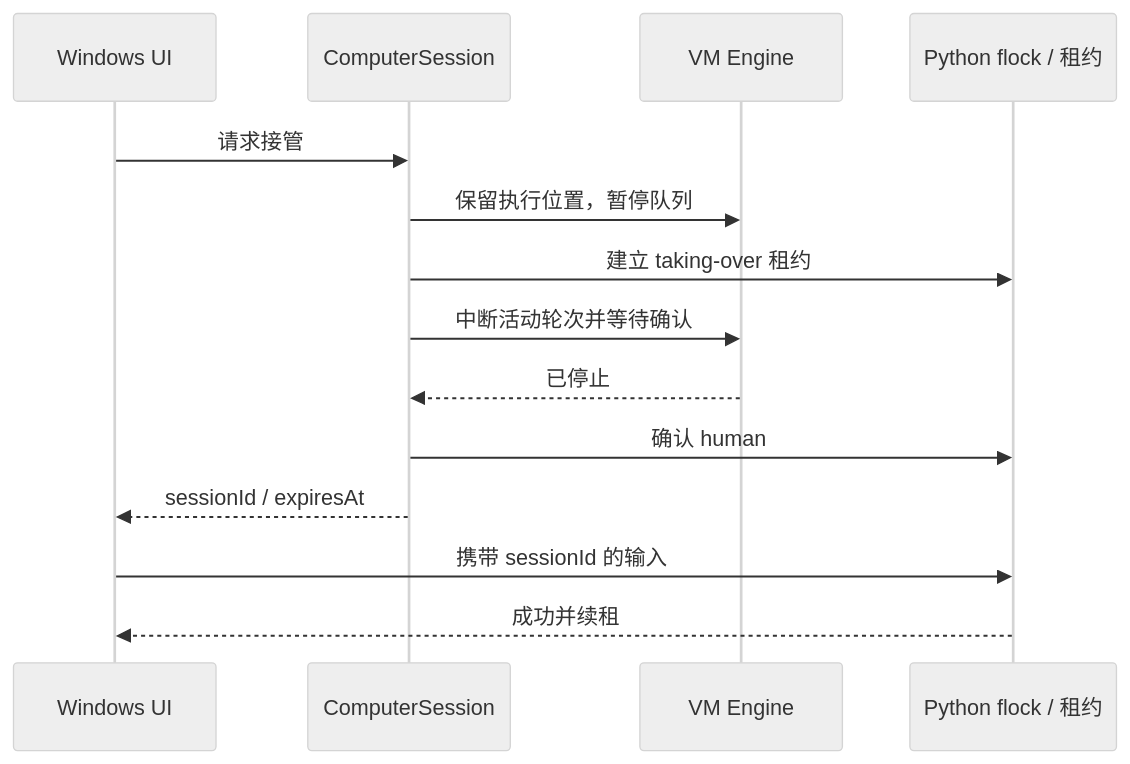
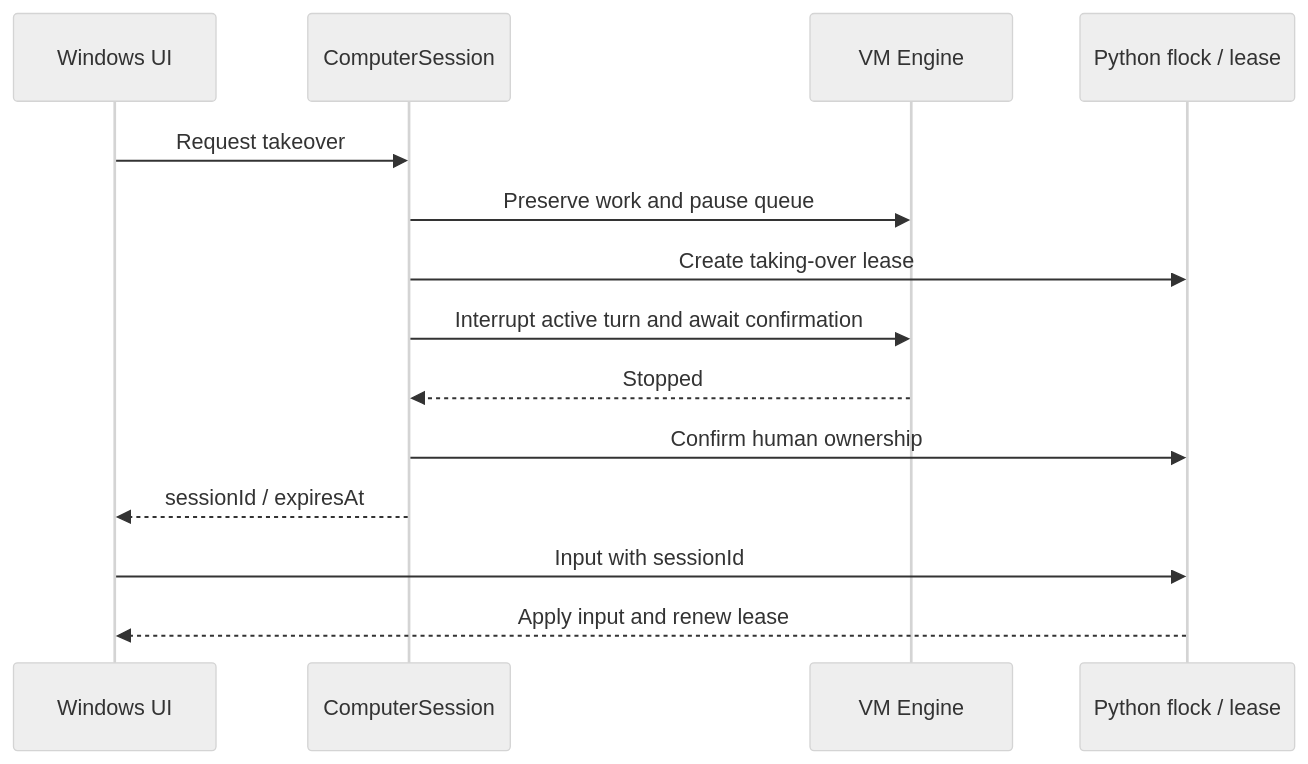
One commit to Stephen-Sim/dant changed the third of 3 diagrams in docs/architecture.md. Above: the diagram before and after it, drawn with Mermaid (neutral theme). The commit also changed other lines of this file and 49 other files, not shown here.

````diff
--- a/docs/architecture.md
+++ b/docs/architecture.md
@@ -67,16 +73,16 @@
 ```mermaid
 sequenceDiagram
   participant UI as Windows UI
   participant Session as ComputerSession
   participant Engine as VM Engine
-  participant Lock as Python flock / 租约
-  UI->>Session: 请求接管
-  Session->>Engine: 保留执行位置，暂停队列
-  Session->>Lock: 建立 taking-over 租约
-  Session->>Engine: 中断活动轮次并等待确认
-  Engine-->>Session: 已停止
-  Session->>Lock: 确认 human
+  participant Lock as Python flock / lease
+  UI->>Session: Request takeover
+  Session->>Engine: Preserve work and pause queue
+  Session->>Lock: Create taking-over lease
+  Session->>Engine: Interrupt active turn and await confirmation
+  Engine-->>Session: Stopped
+  Session->>Lock: Confirm human ownership
   Session-->>UI: sessionId / expiresAt
-  UI->>Lock: 携带 sessionId 的输入
-  Lock-->>UI: 成功并续租
+  UI->>Lock: Input with sessionId
+  Lock-->>UI: Apply input and renew lease
 ```
````
